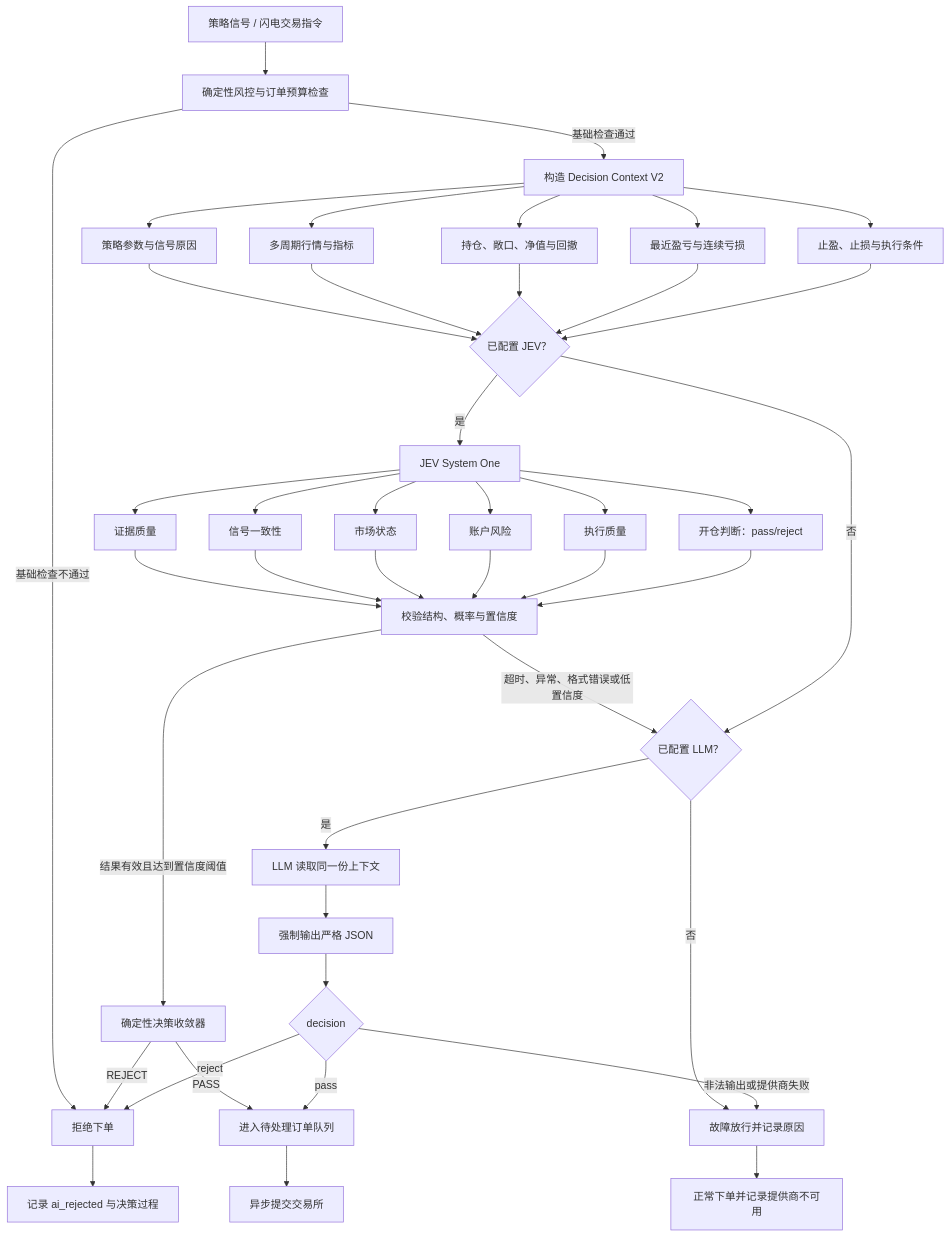
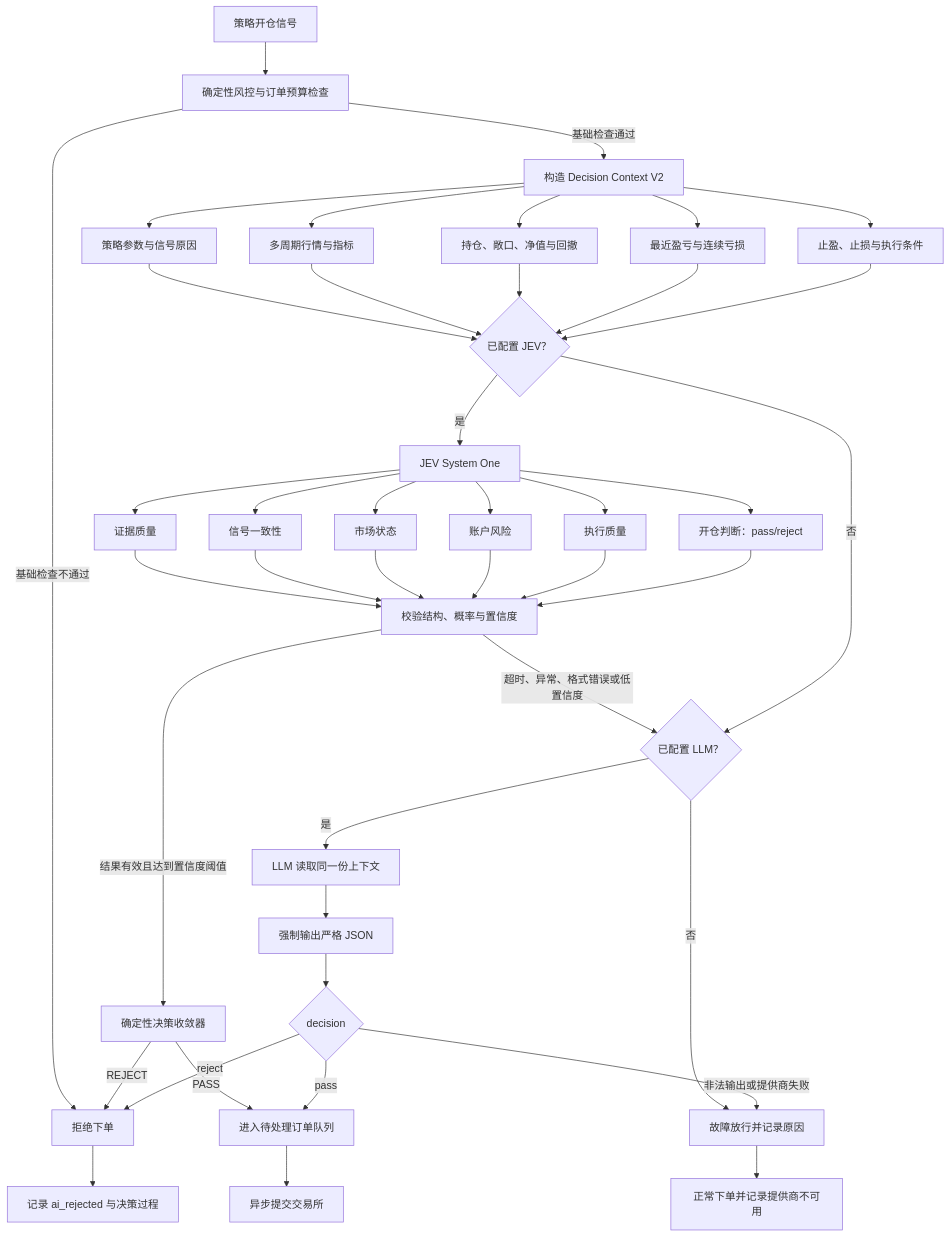
The second of 2 diagrams in README_CN.md (Mohammad8917/QuantDinger9), drawn with Mermaid before and after one commit. The commit also changed other lines of this file and 73 other files, not shown here.

````diff
--- a/README_CN.md
+++ b/README_CN.md
@@ -415,55 +415,55 @@
 ```mermaid
 flowchart TD
-    A["策略信号 / 闪电交易指令"] --> B["确定性风控与订单预算检查"]
+    A["策略开仓信号"] --> B["确定性风控与订单预算检查"]
     B -->|"基础检查不通过"| R["拒绝下单"]
     B -->|"基础检查通过"| C["构造 Decision Context V2"]
 
     C --> C1["策略参数与信号原因"]
     C --> C2["多周期行情与指标"]
     C --> C3["持仓、敞口、净值与回撤"]
     C --> C4["最近盈亏与连续亏损"]
     C --> C5["止盈、止损与执行条件"]
 
     C1 --> D
     C2 --> D
     C3 --> D
     C4 --> D
     C5 --> D
 
     D{"已配置 JEV？"}
 
     D -->|"是"| E["JEV System One"]
     E --> E1["证据质量"]
     E --> E2["信号一致性"]
     E --> E3["市场状态"]
     E --> E4["账户风险"]
     E --> E5["执行质量"]
     E --> E6["开仓判断：pass/reject"]
 
     E1 --> F["校验结构、概率与置信度"]
     E2 --> F
     E3 --> F
     E4 --> F
     E5 --> F
     E6 --> F
 
     F -->|"结果有效且达到置信度阈值"| G["确定性决策收敛器"]
     F -->|"超时、异常、格式错误或低置信度"| H
 
     D -->|"否"| H{"已配置 LLM？"}
     H -->|"是"| I["LLM 读取同一份上下文"]
     I --> J["强制输出严格 JSON"]
     J --> K{"decision"}
 
     H -->|"否"| O["故障放行并记录原因"]
 
     G -->|"PASS"| P["进入待处理订单队列"]
     G -->|"REJECT"| R
     K -->|"pass"| P
     K -->|"reject"| R
     K -->|"非法输出或提供商失败"| O
 
     P --> Q["异步提交交易所"]
     R --> S["记录 ai_rejected 与决策过程"]
     O --> T["正常下单并记录提供商不可用"]
 ```
````
